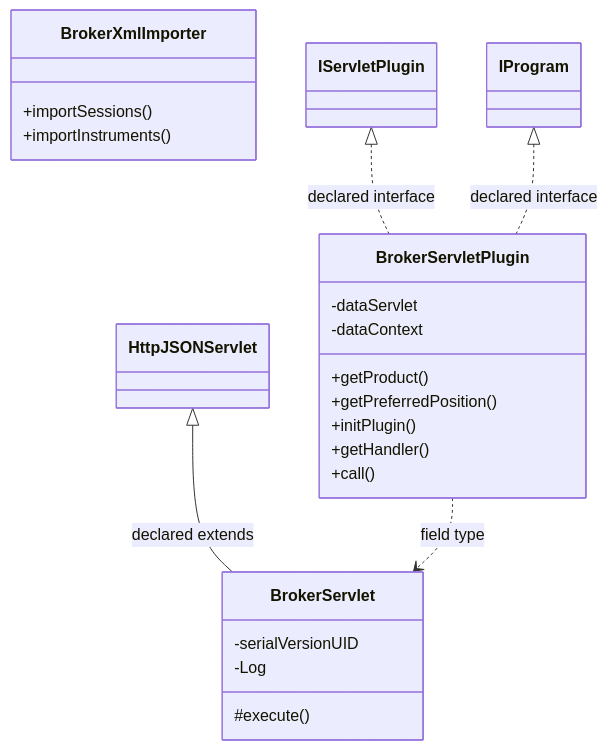
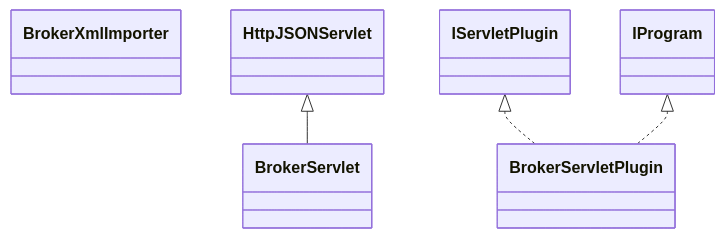
Before and after one commit to haruperi/HaruQuantAI: the diagram in docs/sqx/DataManager/DataManagerBroker.md, drawn with Mermaid. The commit also changed other lines of this file and 1688 other files, not shown here.

````diff
--- a/docs/sqx/DataManager/DataManagerBroker.md
+++ b/docs/sqx/DataManager/DataManagerBroker.md
@@ -30,28 +26,12 @@
 ```mermaid
 classDiagram
-    class C160aff18764c["BrokerServlet"] {
-        -serialVersionUID
-        -Log
-        #execute()
-    }
-    class Cb1b23feef7f7["BrokerServletPlugin"] {
-        -dataServlet
-        -dataContext
-        +getProduct()
-        +getPreferredPosition()
-        +initPlugin()
-        +getHandler()
-        +call()
-    }
-    class C26f4be447224["BrokerXmlImporter"] {
-        +importSessions()
-        +importInstruments()
-    }
-    class C1b6b4448b67b["IProgram"]
-    class C249b5c671b1a["IServletPlugin"]
-    class C8900f90ae594["HttpJSONServlet"]
-    C8900f90ae594 <|-- C160aff18764c : declared extends
-    C249b5c671b1a <|.. Cb1b23feef7f7 : declared interface
-    C1b6b4448b67b <|.. Cb1b23feef7f7 : declared interface
-    Cb1b23feef7f7 ..> C160aff18764c : field type
+    class C0["BrokerServlet"]
+    class C1["BrokerServletPlugin"]
+    class C2["BrokerXmlImporter"]
+    class E0["HttpJSONServlet"]
+    E0 <|-- C0
+    class E1["IServletPlugin"]
+    E1 <|.. C1
+    class E2["IProgram"]
+    E2 <|.. C1
 ```
````
